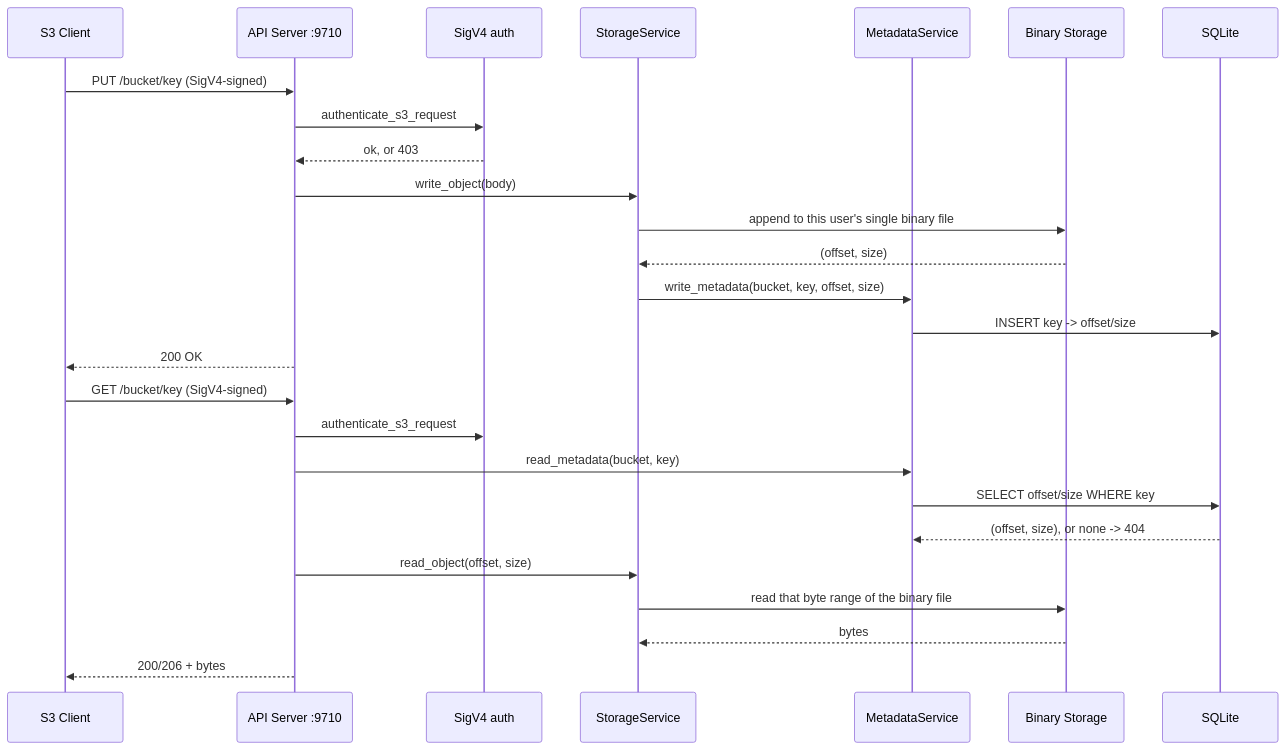
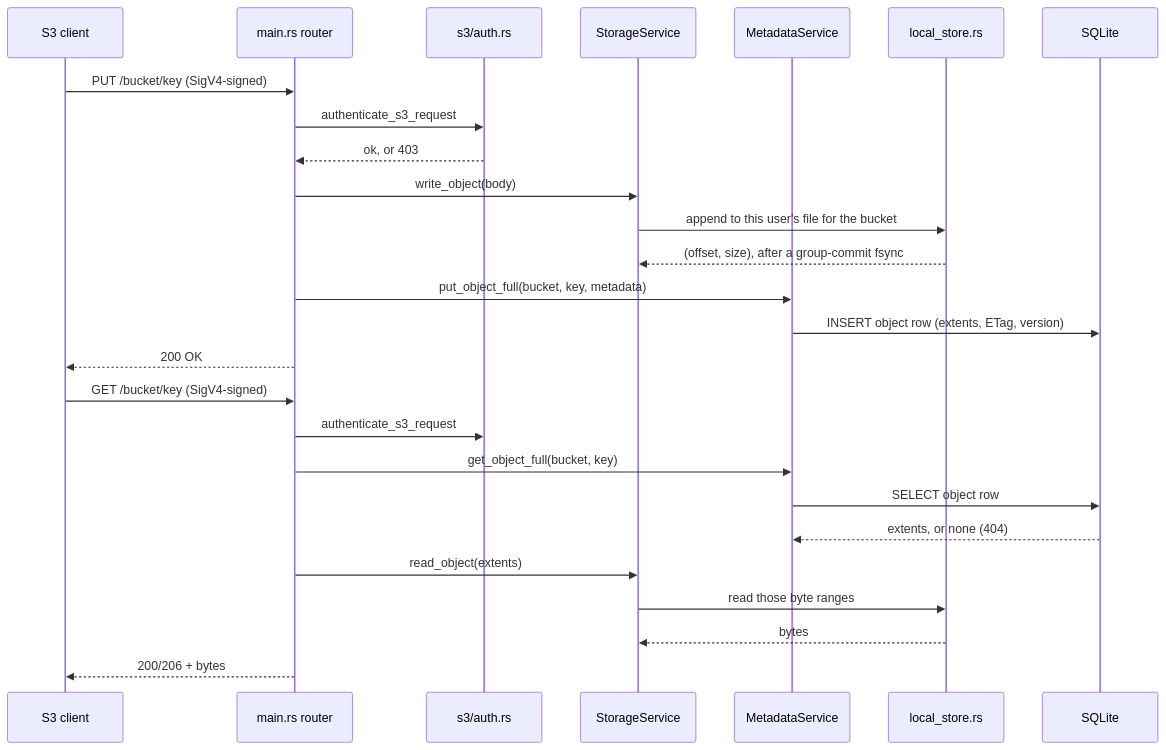
Before and after one commit to vitality-ai/warpdrive: the first of 3 diagrams in docs/Technical-Architecture.md, drawn with Mermaid. The commit also changed other lines of this file and 12 other files, not shown here.

First line of the commit message:
Docs: Excalidraw diagrams, composable design, stale sections updated

````diff
--- a/docs/Technical-Architecture.md
+++ b/docs/Technical-Architecture.md
@@ -255,30 +85,30 @@
 ```mermaid
 sequenceDiagram
-    participant C as S3 Client
-    participant API as API Server :9710
-    participant AUTH as SigV4 auth
+    participant C as S3 client
+    participant API as main.rs router
+    participant AUTH as s3/auth.rs
     participant SVC as StorageService
     participant META as MetadataService
-    participant BIN as Binary Storage
+    participant BIN as local_store.rs
     participant DB as SQLite
 
     C->>API: PUT /bucket/key (SigV4-signed)
     API->>AUTH: authenticate_s3_request
     AUTH-->>API: ok, or 403
     API->>SVC: write_object(body)
-    SVC->>BIN: append to this user's single binary file
-    BIN-->>SVC: (offset, size)
-    SVC->>META: write_metadata(bucket, key, offset, size)
-    META->>DB: INSERT key -> offset/size
+    SVC->>BIN: append to this user's file for the bucket
+    BIN-->>SVC: (offset, size), after a group-commit fsync
+    API->>META: put_object_full(bucket, key, metadata)
+    META->>DB: INSERT object row (extents, ETag, version)
     API-->>C: 200 OK
 
     C->>API: GET /bucket/key (SigV4-signed)
     API->>AUTH: authenticate_s3_request
-    API->>META: read_metadata(bucket, key)
-    META->>DB: SELECT offset/size WHERE key
-    DB-->>META: (offset, size), or none -> 404
-    API->>SVC: read_object(offset, size)
-    SVC->>BIN: read that byte range of the binary file
+    API->>META: get_object_full(bucket, key)
+    META->>DB: SELECT object row
+    DB-->>META: extents, or none (404)
+    API->>SVC: read_object(extents)
+    SVC->>BIN: read those byte ranges
     BIN-->>SVC: bytes
     API-->>C: 200/206 + bytes
 ```
````
